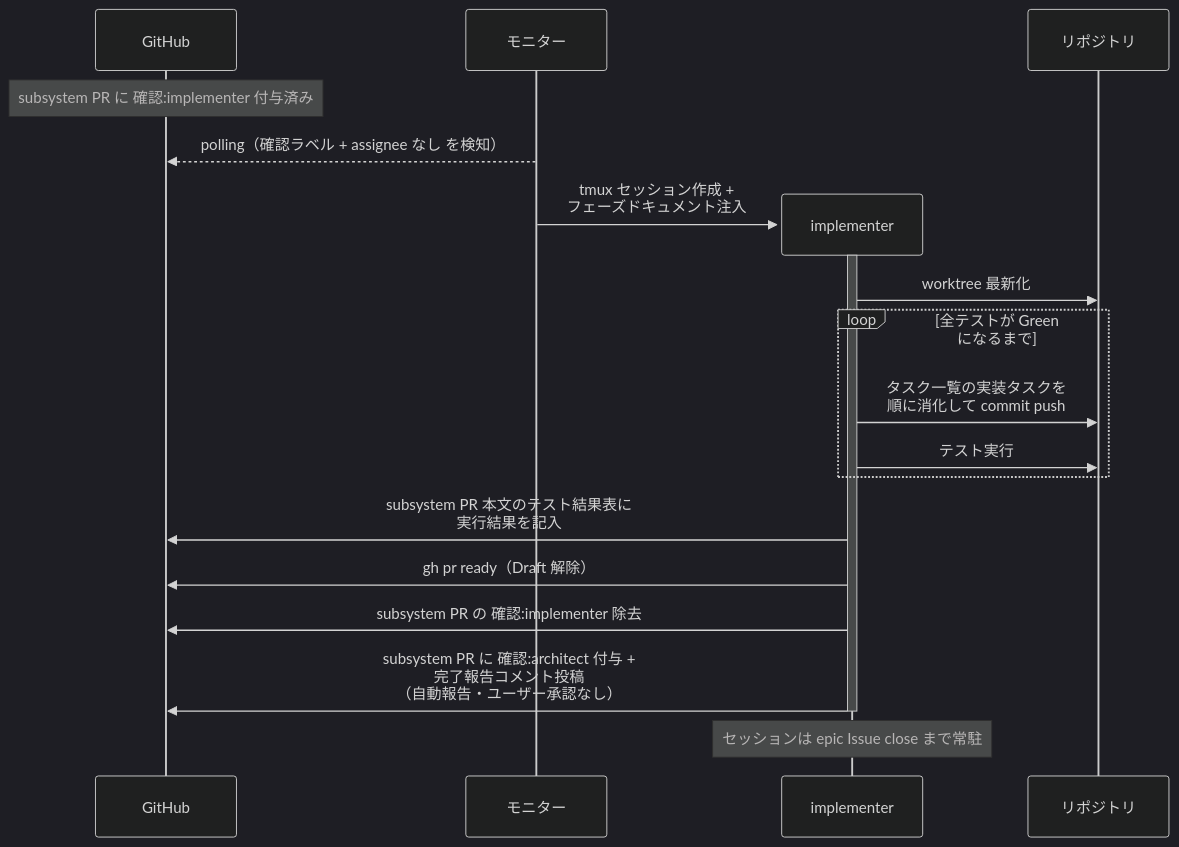
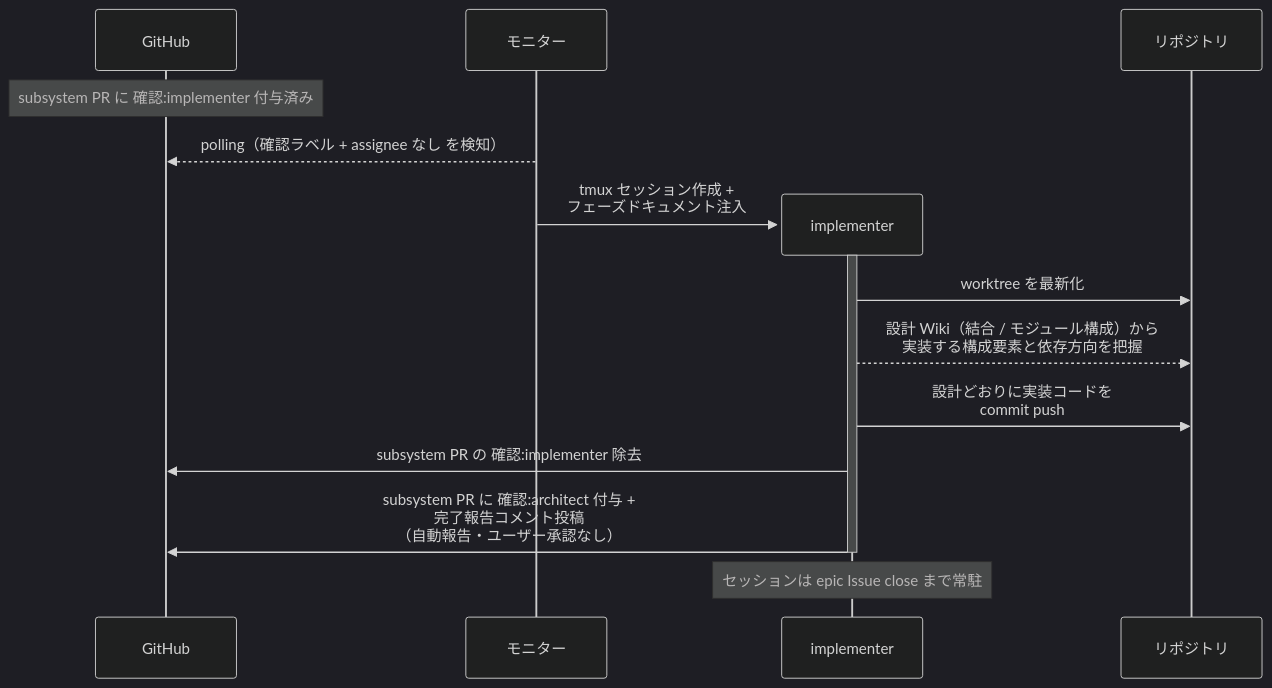
The first of 3 diagrams in docs/wiki/設計図/シナリオ/単一ユースケース/実装.md (shuhei1101/ai-monitor), drawn with Mermaid (dark theme) before and after one commit. The commit also changed other lines of this file and 304 other files, not shown here.

````diff
--- a/docs/wiki/設計図/シナリオ/単一ユースケース/実装.md
+++ b/docs/wiki/設計図/シナリオ/単一ユースケース/実装.md
@@ -26,25 +27,19 @@
 ```mermaid
 sequenceDiagram
   participant GH as GitHub
   participant ORC as モニター
 
   Note over GH: subsystem PR に 確認:implementer 付与済み
   ORC-->>GH: polling（確認ラベル + assignee なし を検知）
   create participant MON as implementer
   ORC->>MON: tmux セッション作成 +<br>フェーズドキュメント注入
   participant REPO as リポジトリ
   activate MON
-  MON->>REPO: worktree 最新化
-
-  loop 全テストが Green になるまで
-    MON->>REPO: タスク一覧の実装タスクを<br>順に消化して commit push
-    MON->>REPO: テスト実行
-  end
-
-  MON->>GH: subsystem PR 本文のテスト結果表に<br>実行結果を記入
-  MON->>GH: gh pr ready（Draft 解除）
+  MON->>REPO: worktree を最新化
+  MON-->>REPO: 設計 Wiki（結合 / モジュール構成）から<br>実装する構成要素と依存方向を把握
+  MON->>REPO: 設計どおりに実装コードを<br>commit push
   MON->>GH: subsystem PR の 確認:implementer 除去
   MON->>GH: subsystem PR に 確認:architect 付与 +<br>完了報告コメント投稿<br>（自動報告・ユーザー承認なし）
   deactivate MON
   Note over MON: セッションは epic Issue close まで常駐
 ```
````
